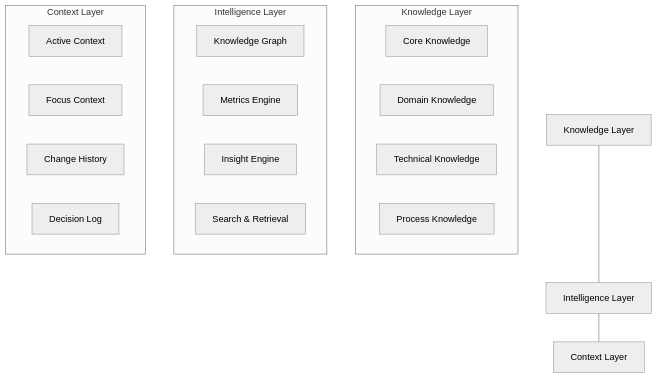
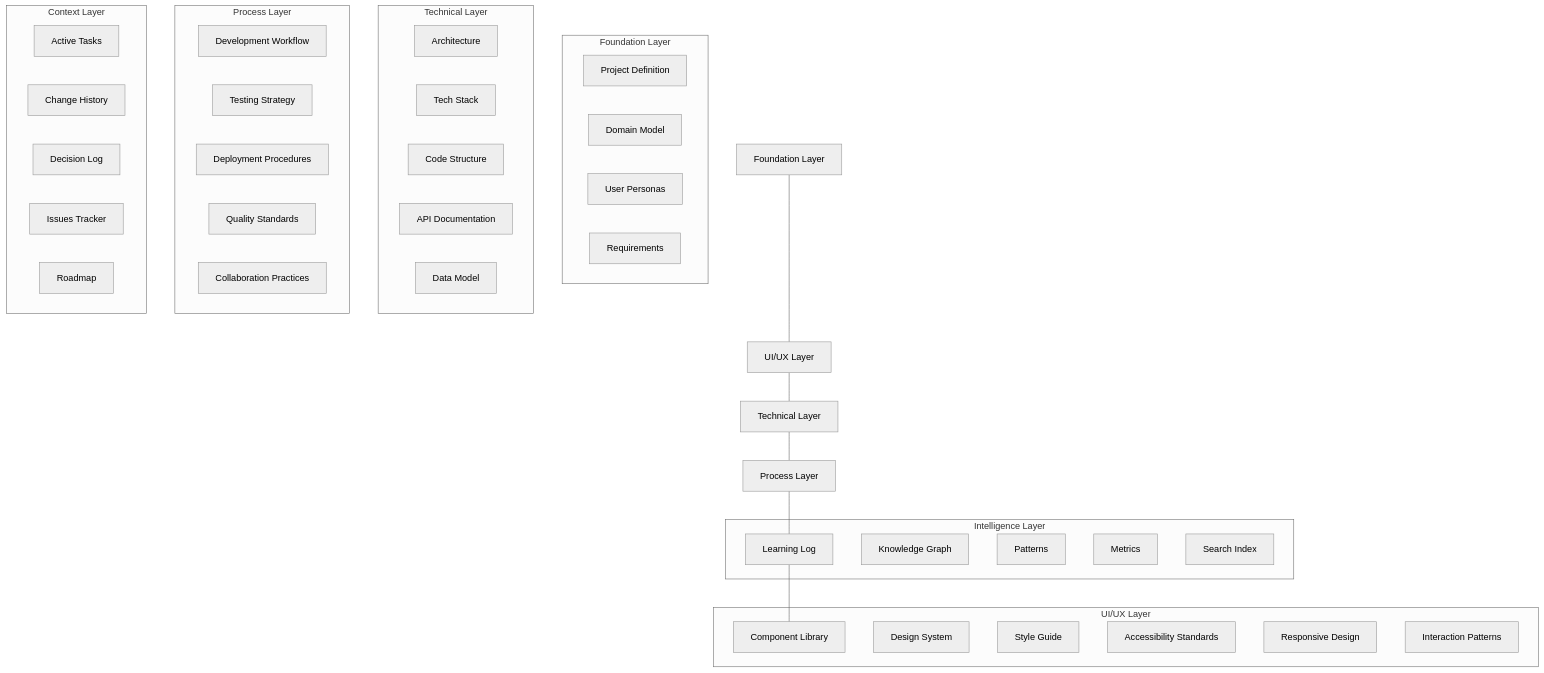
Before and after one commit to ishwar-chandra/llm-profiles-prompts: the first of 8 diagrams in memorybank.md, drawn with Mermaid (neutral theme). The commit also changed other lines of this file, not shown here.

````diff
--- a/memorybank.md
+++ b/memorybank.md
@@ -17,26 +19,56 @@
 ```mermaid
 flowchart TD
-    KL[Knowledge Layer] --- IL[Intelligence Layer]
+    FL[Foundation Layer] --- UL[UI/UX Layer]
+    UL --- TL[Technical Layer]
+    TL --- PL[Process Layer]
+    PL --- IL[Intelligence Layer]
     IL --- CL[Context Layer]
 
-    subgraph Knowledge Layer
-        KC[Core Knowledge]
-        KD[Domain Knowledge]
-        KT[Technical Knowledge]
-        KP[Process Knowledge]
+    subgraph Foundation Layer
+        FP[Project Definition]
+        FD[Domain Model]
+        FU[User Personas]
+        FR[Requirements]
+    end
+
+    subgraph UI/UX Layer
+        DS[Design System]
+        CL[Component Library]
+        SG[Style Guide]
+        AS[Accessibility Standards]
+        RD[Responsive Design]
+        IP[Interaction Patterns]
+    end
+
+    subgraph Technical Layer
+        TA[Architecture]
+        TS[Tech Stack]
+        TC[Code Structure]
+        TD[API Documentation]
+        TM[Data Model]
+    end
+
+    subgraph Process Layer
+        PW[Development Workflow]
+        PT[Testing Strategy]
+        PD[Deployment Procedures]
+        PQ[Quality Standards]
+        PC[Collaboration Practices]
     end
 
     subgraph Intelligence Layer
-        IG[Knowledge Graph]
-        IM[Metrics Engine]
-        II[Insight Engine]
-        IS[Search & Retrieval]
+        IK[Knowledge Graph]
+        IP2[Patterns]
+        IM[Metrics]
+        IL[Learning Log]
+        IS[Search Index]
     end
 
     subgraph Context Layer
-        CA[Active Context]
-        CF[Focus Context]
+        CA[Active Tasks]
         CH[Change History]
         CD[Decision Log]
+        CI[Issues Tracker]
+        CR[Roadmap]
     end
 ```
````
